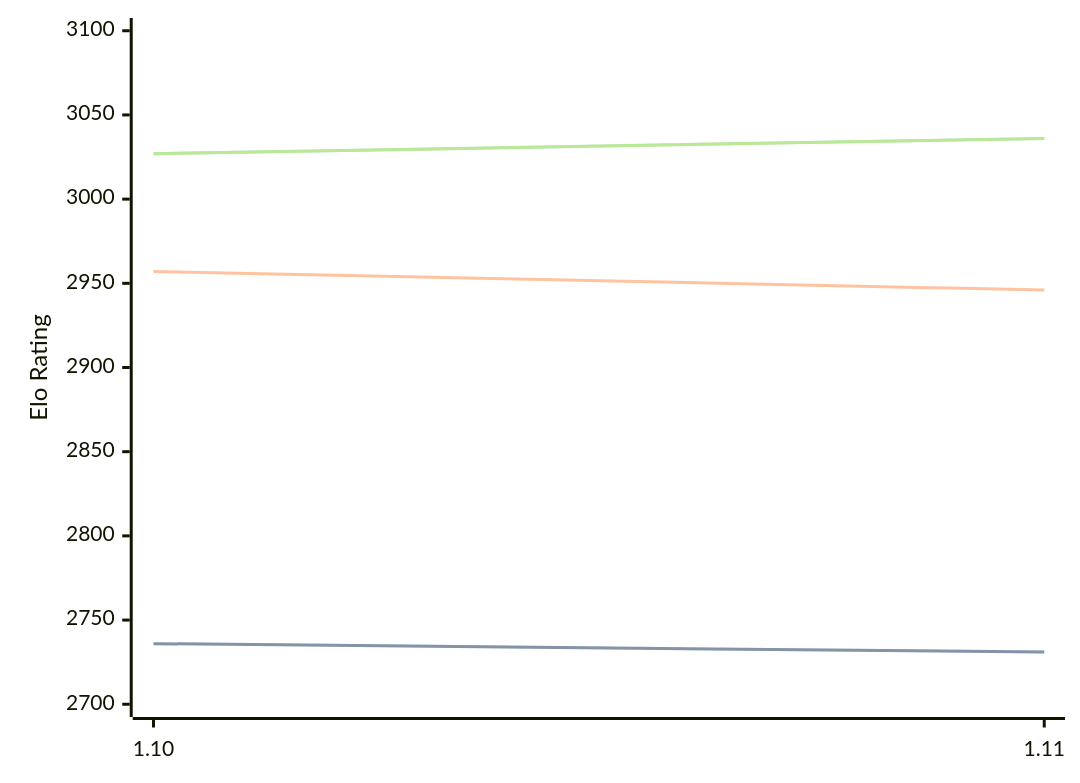
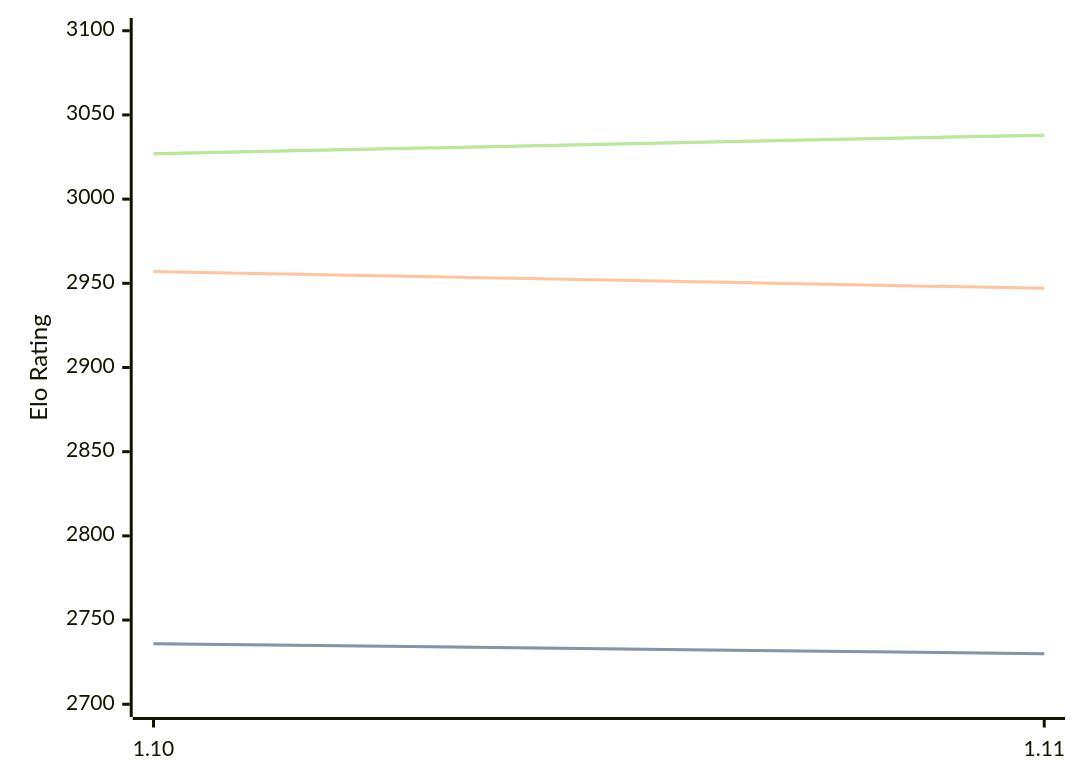
Before and after one commit to computer-chess-index/cci: the diagram in engines/Roc.md, drawn with Mermaid. The commit also changed other lines of this file, not shown here.

Commit message:
Update CCI Ratings (ELO VLTC) - 2026-08-29

````diff
--- a/engines/Roc.md
+++ b/engines/Roc.md
@@ -42,11 +42,11 @@
 ```mermaid
 %%{init: {"theme":"base","themeVariables":{"seriesColors:['#a3a3a3','#222221','#faa371']}}}%%
 xychart-beta
   x-axis ["1.10", "1.11"]
   y-axis "Elo Rating" 2700 --> 3100
-  line "" [2736, 2731]
-  line "STC (8.0+0.08s)" [2736, 2731]
-  line "LTC (60.0+0.60s)" [2957, 2946]
-  line "" [3027, 3036]
-  line "VLTC (2m24s+1.12s)" [3027, 3036]
+  line "" [2736, 2730]
+  line "STC (8.0+0.08s)" [2736, 2730]
+  line "LTC (60.0+0.60s)" [2957, 2947]
+  line "" [3027, 3038]
+  line "VLTC (2m24s+1.12s)" [3027, 3038]
 ```
````
